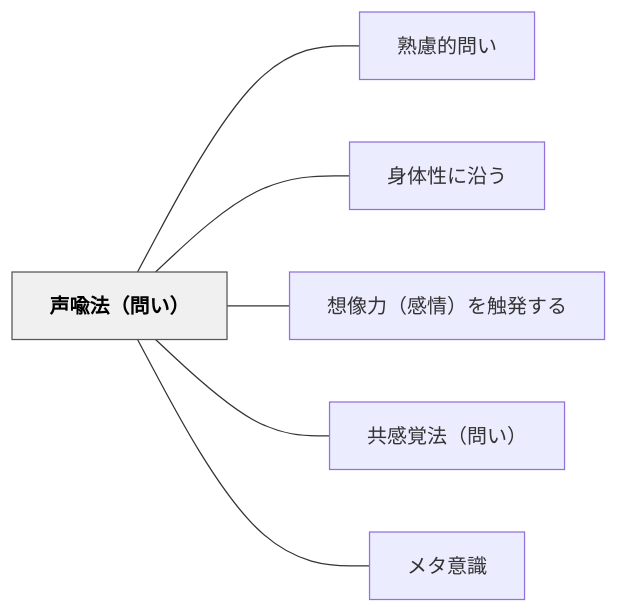
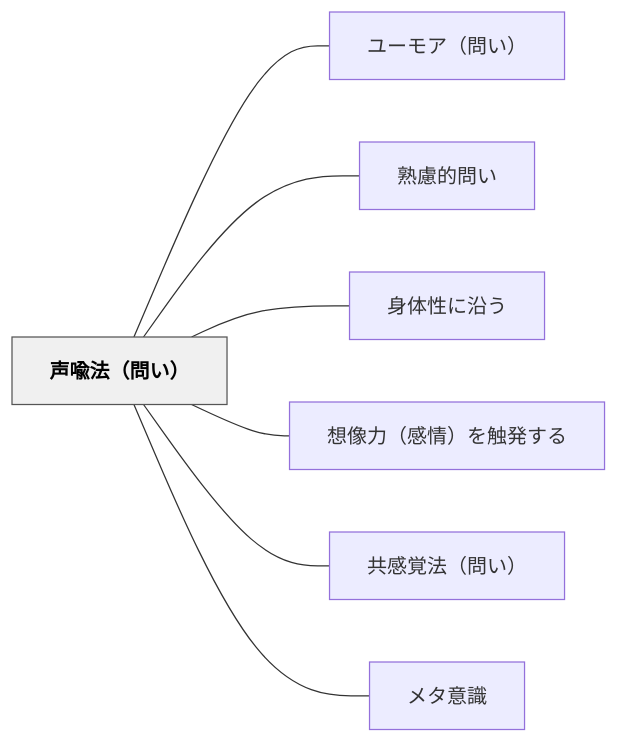
One commit to unknownthings-ed-patterns/unknownthings-ed-patterns changed the diagram in content/パタン/声喩法（問い）.md. Above: the diagram before and after it, drawn with Mermaid. The commit also changed other lines of this file and 44 other files, not shown here.

````diff
--- a/content/パタン/声喩法（問い）.md
+++ b/content/パタン/声喩法（問い）.md
@@ -42,18 +43,20 @@
 ```mermaid
 flowchart LR
     ne5a3b0e596a9e6b395efbc88e5958fe38184efbc89["声喩法（問い）"]
+    ne383a6e383bce383a2e382a2efbc88e5958fe38184efbc89["ユーモア（問い）"]
     ne7869fe685aee79a84e5958fe38184["熟慮的問い"]
     ne8baabe4bd93e680a7e381abe6b2bfe38186["身体性に沿う"]
     ne683b3e5838fe58a9befbc88e6849fe68385efbc89e38292e8a7a6e799bae38199e3828b["想像力（感情）を触発する"]
     ne585b1e6849fe8a69ae6b395efbc88e5958fe38184efbc89["共感覚法（問い）"]
     ne383a1e382bfe6848fe8ad98["メタ意識"]
 
+    ne5a3b0e596a9e6b395efbc88e5958fe38184efbc89 --- ne383a6e383bce383a2e382a2efbc88e5958fe38184efbc89
     ne5a3b0e596a9e6b395efbc88e5958fe38184efbc89 --- ne7869fe685aee79a84e5958fe38184
     ne5a3b0e596a9e6b395efbc88e5958fe38184efbc89 --- ne8baabe4bd93e680a7e381abe6b2bfe38186
     ne5a3b0e596a9e6b395efbc88e5958fe38184efbc89 --- ne683b3e5838fe58a9befbc88e6849fe68385efbc89e38292e8a7a6e799bae38199e3828b
     ne5a3b0e596a9e6b395efbc88e5958fe38184efbc89 --- ne585b1e6849fe8a69ae6b395efbc88e5958fe38184efbc89
     ne5a3b0e596a9e6b395efbc88e5958fe38184efbc89 --- ne383a1e382bfe6848fe8ad98
 
     classDef hub fill:#f0f0f0,stroke:#555,color:#000,font-weight:bold
     class ne5a3b0e596a9e6b395efbc88e5958fe38184efbc89 hub
 ```
````
